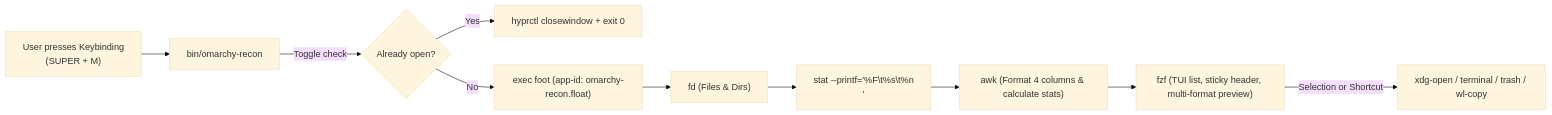
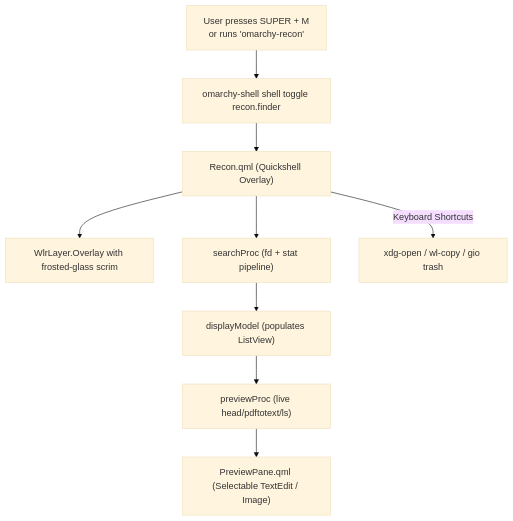
The diagram in AGENT.md (waldseelen/omarchy-recon), drawn with Mermaid (base theme) before and after one commit. The commit also changed other lines of this file and 10 other files, not shown here.

Commit message:
feat: transform recon into native Omarchy frosted-glass QML overlay plugin

````diff
--- a/AGENT.md
+++ b/AGENT.md
@@ -36,12 +42,11 @@
 ```mermaid
-flowchart LR
-    A["User presses Keybinding\n(SUPER + M)"] --> B["bin/omarchy-recon"]
-    B -->|Toggle check| C{"Already open?"}
-    C -->|Yes| D["hyprctl closewindow + exit 0"]
-    C -->|No| E["exec foot (app-id: omarchy-recon.float)"]
-    E --> F["fd (Files & Dirs)"]
-    F --> G["stat --printf='%F\t%s\t%n\n'"]
-    G --> H["awk (Format 4 columns & calculate stats)"]
-    H --> I["fzf (TUI list, sticky header, multi-format preview)"]
-    I -->|Selection or Shortcut| J["xdg-open / terminal / trash / wl-copy"]
+flowchart TD
+    A["User presses SUPER + M\nor runs 'omarchy-recon'"] --> B["omarchy-shell shell toggle recon.finder"]
+    B --> C["Recon.qml (Quickshell Overlay)"]
+    C --> D["WlrLayer.Overlay with frosted-glass scrim"]
+    C --> E["searchProc (fd + stat pipeline)"]
+    E --> F["displayModel (populates ListView)"]
+    F --> G["previewProc (live head/pdftotext/ls)"]
+    G --> H["PreviewPane.qml (Selectable TextEdit / Image)"]
+    C -->|Keyboard Shortcuts| I["xdg-open / wl-copy / gio trash"]
 ```
````
